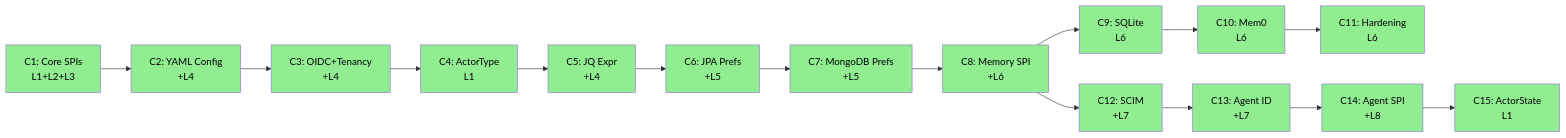
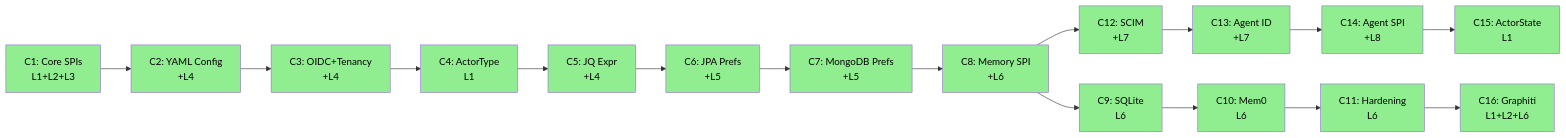
The fifth of 5 diagrams in ARC42STORIES.MD (casehubio/platform), drawn with Mermaid before and after one commit. The commit also changed other lines of this file and 33 other files, not shown here.

First line of the commit message:
feat(memory): Graphiti temporal graph adapter + capability model (platform#34)

````diff
--- a/ARC42STORIES.MD
+++ b/ARC42STORIES.MD
@@ -351,33 +354,35 @@
 ```mermaid
 flowchart LR
   C1["C1: Core SPIs\nL1+L2+L3"] --> C2["C2: YAML Config\n+L4"]
   C2 --> C3["C3: OIDC+Tenancy\n+L4"]
   C3 --> C4["C4: ActorType\nL1"]
   C4 --> C5["C5: JQ Expr\n+L4"]
   C5 --> C6["C6: JPA Prefs\n+L5"]
   C6 --> C7["C7: MongoDB Prefs\n+L5"]
   C7 --> C8["C8: Memory SPI\n+L6"]
   C8 --> C12["C12: SCIM\n+L7"]
   C8 --> C9["C9: SQLite\nL6"]
   C9 --> C10["C10: Mem0\nL6"]
   C10 --> C11["C11: Hardening\nL6"]
+  C11 --> C16["C16: Graphiti\nL1+L2+L6"]
   C12 --> C13["C13: Agent ID\n+L7"]
   C13 --> C14["C14: Agent SPI\n+L8"]
   C14 --> C15["C15: ActorState\nL1"]
 
   style C1 fill:#90EE90,color:#000
   style C2 fill:#90EE90,color:#000
   style C3 fill:#90EE90,color:#000
   style C4 fill:#90EE90,color:#000
   style C5 fill:#90EE90,color:#000
   style C6 fill:#90EE90,color:#000
   style C7 fill:#90EE90,color:#000
   style C8 fill:#90EE90,color:#000
   style C9 fill:#90EE90,color:#000
   style C10 fill:#90EE90,color:#000
   style C11 fill:#90EE90,color:#000
   style C12 fill:#90EE90,color:#000
   style C13 fill:#90EE90,color:#000
   style C14 fill:#90EE90,color:#000
   style C15 fill:#90EE90,color:#000
+  style C16 fill:#90EE90,color:#000
 ```
````
